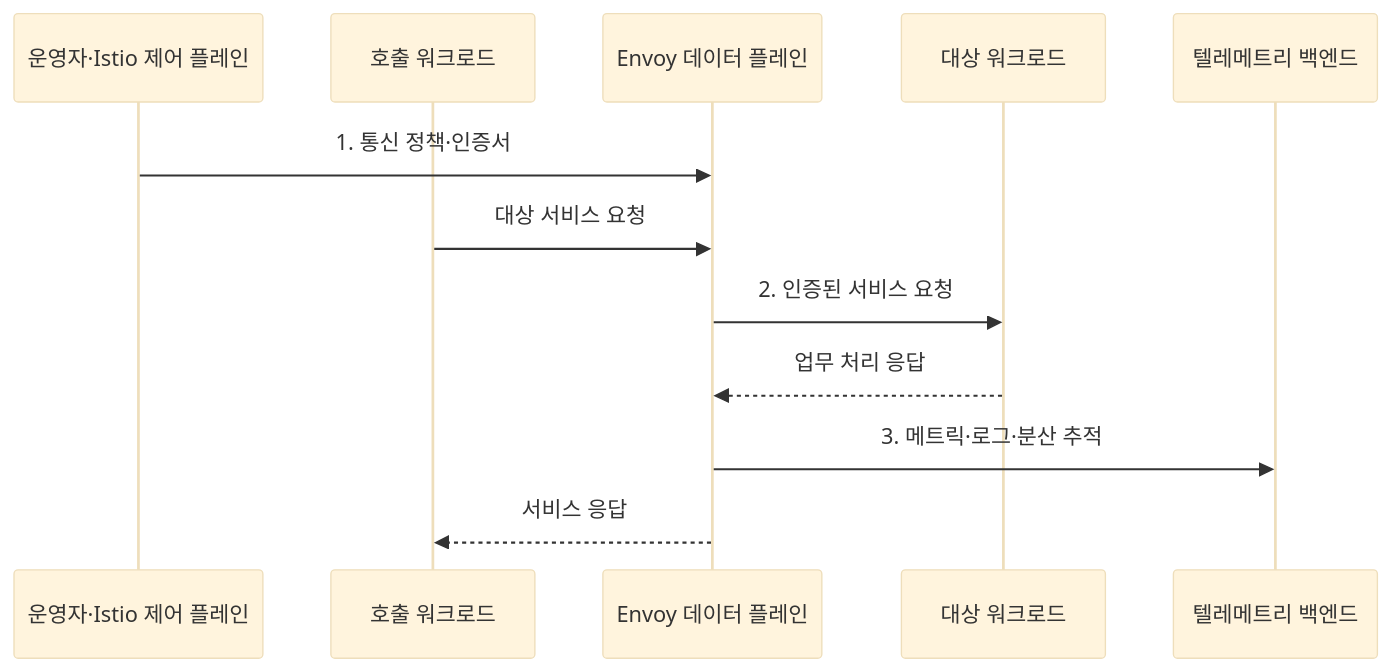
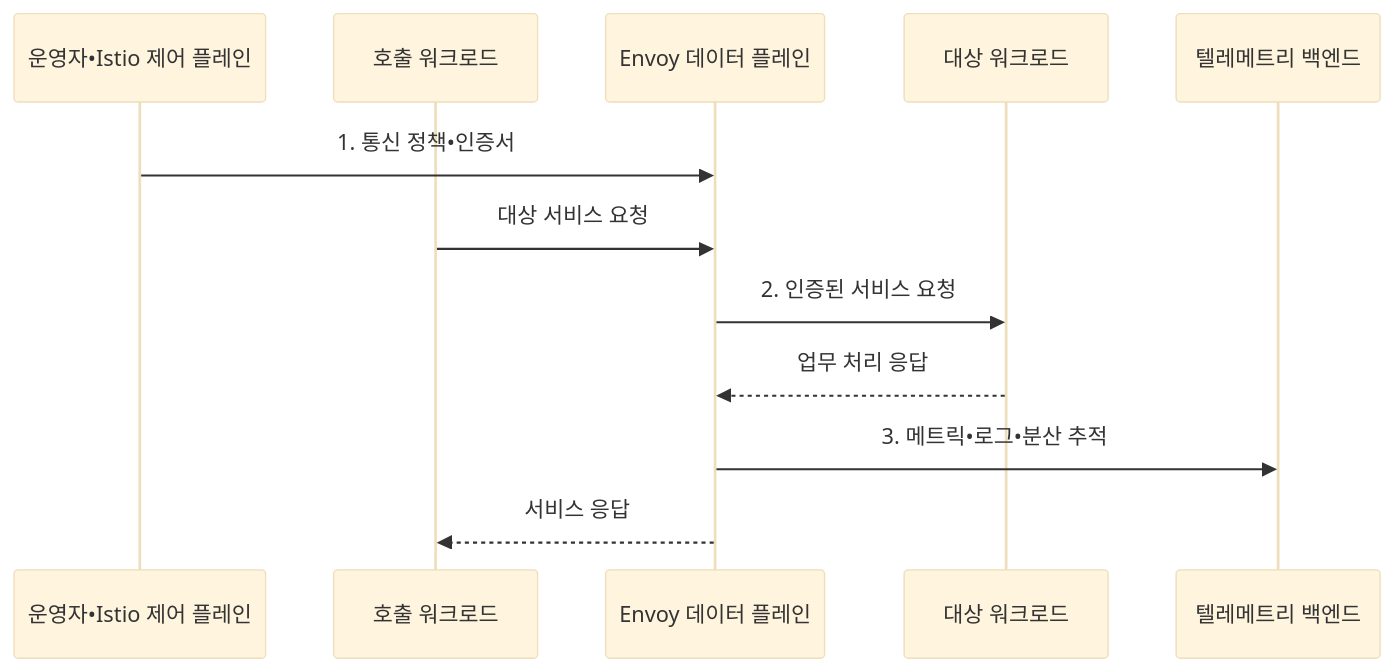
One commit to agnusdei1207/knowledge-base changed the second of 2 diagrams in src/content/docs/notes/03-software/042_service_mesh.md. Above: the diagram before and after it, drawn with Mermaid (base theme). The commit also changed other lines of this file and 953 other files, not shown here.

````diff
--- a/src/content/docs/notes/03-software/042_service_mesh.md
+++ b/src/content/docs/notes/03-software/042_service_mesh.md
@@ -105,14 +105,14 @@
 ```mermaid
 sequenceDiagram
-    participant O as 운영자·Istio 제어 플레인
+    participant O as 운영자•Istio 제어 플레인
     participant W as 호출 워크로드
     participant D as Envoy 데이터 플레인
     participant S as 대상 워크로드
     participant T as 텔레메트리 백엔드
-    O->>D: 1. 통신 정책·인증서
+    O->>D: 1. 통신 정책•인증서
     W->>D: 대상 서비스 요청
     D->>S: 2. 인증된 서비스 요청
     S-->>D: 업무 처리 응답
-    D->>T: 3. 메트릭·로그·분산 추적
+    D->>T: 3. 메트릭•로그•분산 추적
     D-->>W: 서비스 응답
 ```
````
